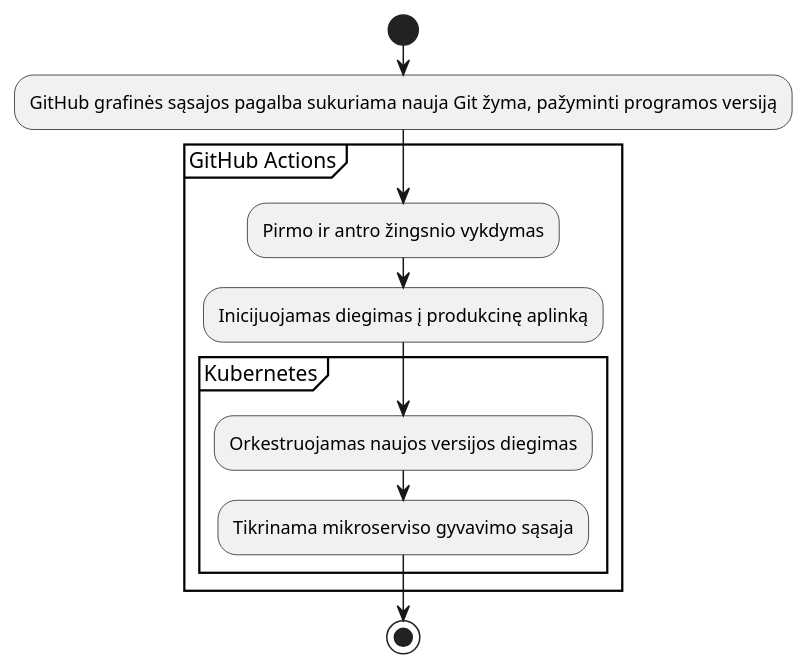
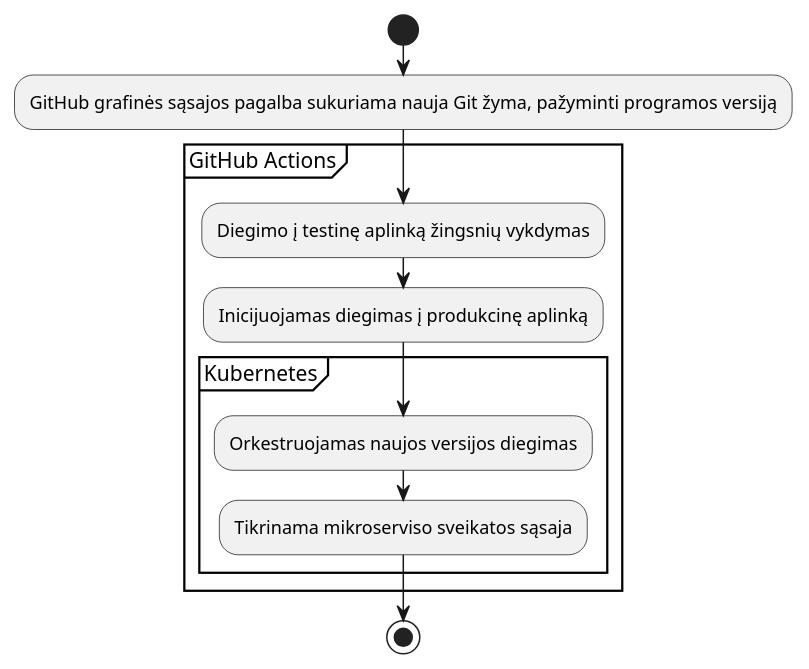
Before and after one commit to mila973/CD-pipeline-app: the diagram in docs/Prod.puml, drawn with PlantUML. The commit also changed 3 other files, not shown here.

```diff
--- a/docs/Prod.puml
+++ b/docs/Prod.puml
@@ -1,17 +1,17 @@
 @startuml
 skinparam ConditionEndStyle hline
 skinparam defaultTextAlignment center
 start
 
     :GitHub grafinės sąsajos pagalba sukuriama nauja Git žyma, pažyminti programos versiją;
 
     partition "GitHub Actions" {
-        :Pirmo ir antro žingsnio vykdymas;
+        :Diegimo į testinę aplinką žingsnių vykdymas;
         :Inicijuojamas diegimas į produkcinę aplinką;
         partition "Kubernetes" {
             :Orkestruojamas naujos versijos diegimas;
-            :Tikrinama mikroserviso gyvavimo sąsaja;
+            :Tikrinama mikroserviso sveikatos sąsaja;
         }
     }
 stop
 @enduml
```
